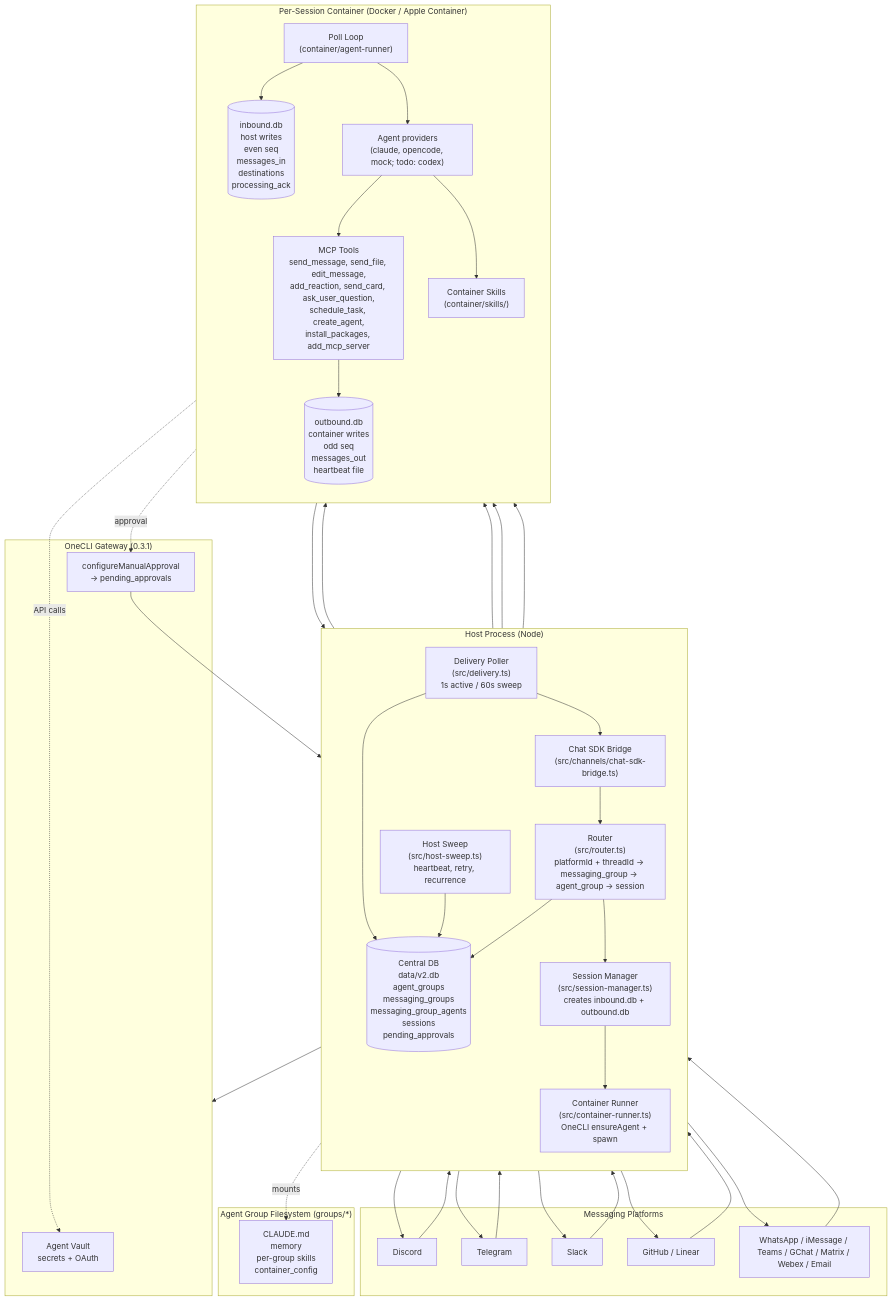
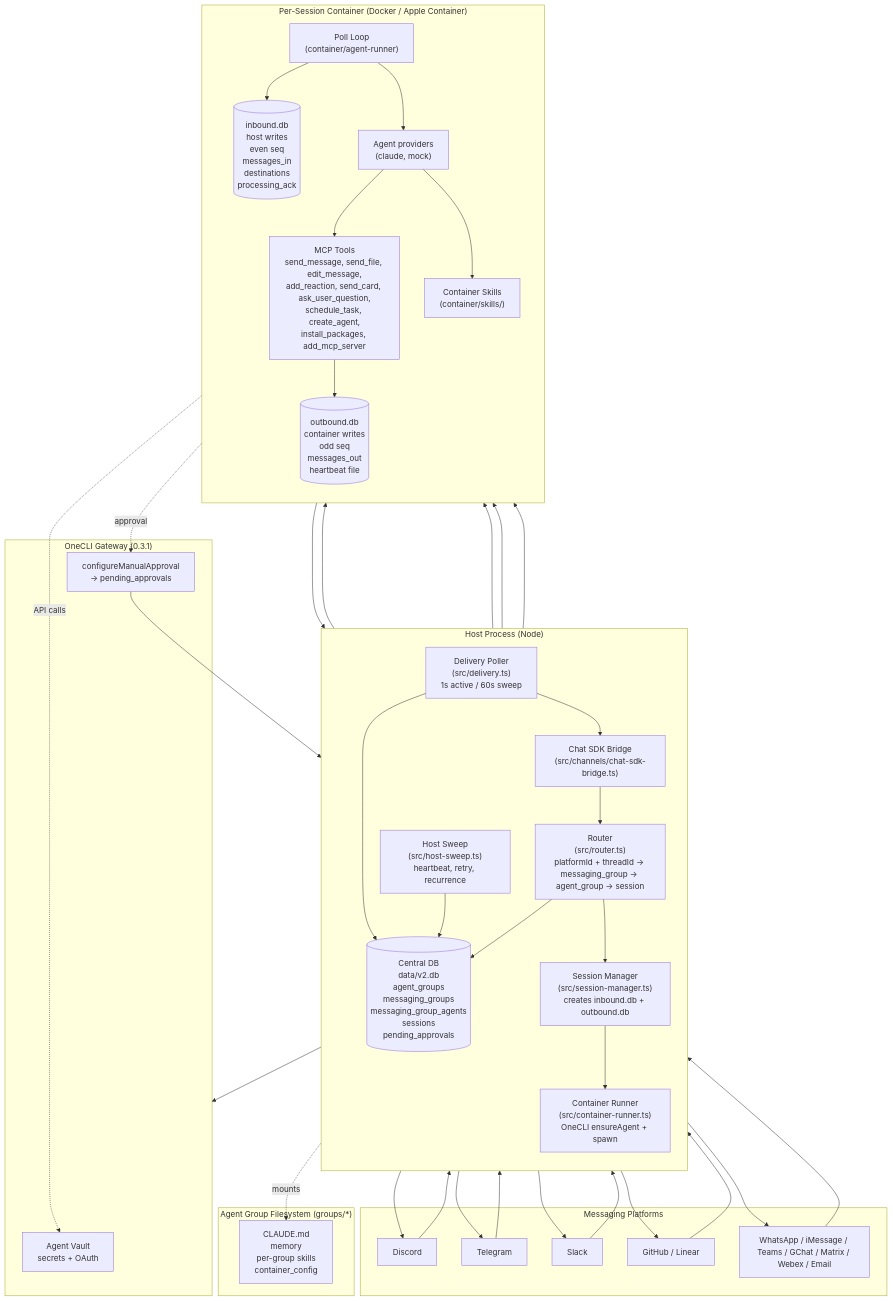
Before and after one commit to mcarmona1064-cell/clawbridge-codex: the first of 5 diagrams in docs/architecture-diagram.md, drawn with Mermaid. The commit also changed 6 other files, not shown here.

````diff
--- a/docs/architecture-diagram.md
+++ b/docs/architecture-diagram.md
@@ -5,65 +5,65 @@
 ```mermaid
 flowchart TB
   subgraph Platforms["Messaging Platforms"]
     P1[Discord]
     P2[Telegram]
     P3[Slack]
     P4[GitHub / Linear]
     P5[WhatsApp / iMessage / Teams / GChat / Matrix / Webex / Email]
   end
 
   subgraph Host["Host Process (Node)"]
     direction TB
     Bridge["Chat SDK Bridge<br/>(src/channels/chat-sdk-bridge.ts)"]
     Router["Router<br/>(src/router.ts)<br/>platformId + threadId -> messaging_group -> agent_group -> session"]
     SessMgr["Session Manager<br/>(src/session-manager.ts)<br/>creates inbound.db + outbound.db"]
     Runner["Container Runner<br/>(src/container-runner.ts)<br/>OneCLI ensureAgent + spawn"]
     Delivery["Delivery Poller<br/>(src/delivery.ts)<br/>1s active / 60s sweep"]
     Sweep["Host Sweep<br/>(src/host-sweep.ts)<br/>heartbeat, retry, recurrence"]
     Central[("Central DB<br/>data/v2.db<br/>agent_groups<br/>messaging_groups<br/>messaging_group_agents<br/>sessions<br/>pending_approvals")]
   end
 
   subgraph OneCLI["OneCLI Gateway (0.3.1)"]
     Vault["Agent Vault<br/>secrets + OAuth"]
     Approvals["configureManualApproval<br/>-> pending_approvals"]
   end
 
   subgraph Session["Per-Session Container (Docker / Apple Container)"]
     direction TB
     PollLoop["Poll Loop<br/>(container/agent-runner)"]
-    Provider["Agent providers<br/>(claude, opencode, mock; todo: codex)"]
+    Provider["Agent providers<br/>(claude, mock)"]
     MCP["MCP Tools<br/>send_message, send_file, edit_message,<br/>add_reaction, send_card, ask_user_question,<br/>schedule_task, create_agent,<br/>install_packages, add_mcp_server"]
     Skills["Container Skills<br/>(container/skills/)"]
     InDB[("inbound.db<br/>host writes<br/>even seq<br/>messages_in<br/>destinations<br/>processing_ack")]
     OutDB[("outbound.db<br/>container writes<br/>odd seq<br/>messages_out<br/>heartbeat file")]
   end
 
   subgraph Groups["Agent Group Filesystem (groups/*)"]
     Folder["CLAUDE.md<br/>memory<br/>per-group skills<br/>container_config"]
   end
 
   P1 & P2 & P3 & P4 & P5 --> Bridge
   Bridge --> Router
   Router --> Central
   Router --> SessMgr
   SessMgr --> InDB
   SessMgr --> Runner
   Runner --> OneCLI
   Runner --> PollLoop
   PollLoop --> InDB
   PollLoop --> Provider
   Provider --> MCP
   Provider --> Skills
   MCP --> OutDB
   OutDB --> Delivery
   Delivery --> Central
   Delivery --> Bridge
   Bridge --> P1 & P2 & P3 & P4 & P5
   Sweep --> InDB
   Sweep --> OutDB
   Sweep --> Central
   Runner -.mounts.-> Folder
   MCP -.approval.-> Approvals
   Approvals --> Central
   Provider -.API calls.-> Vault
 ```
````
